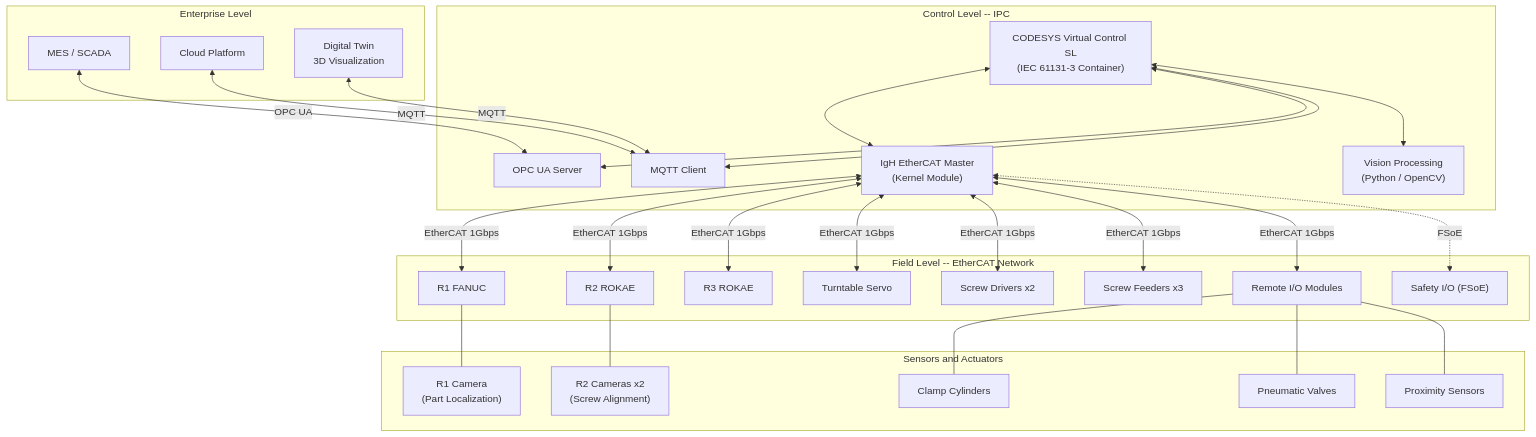
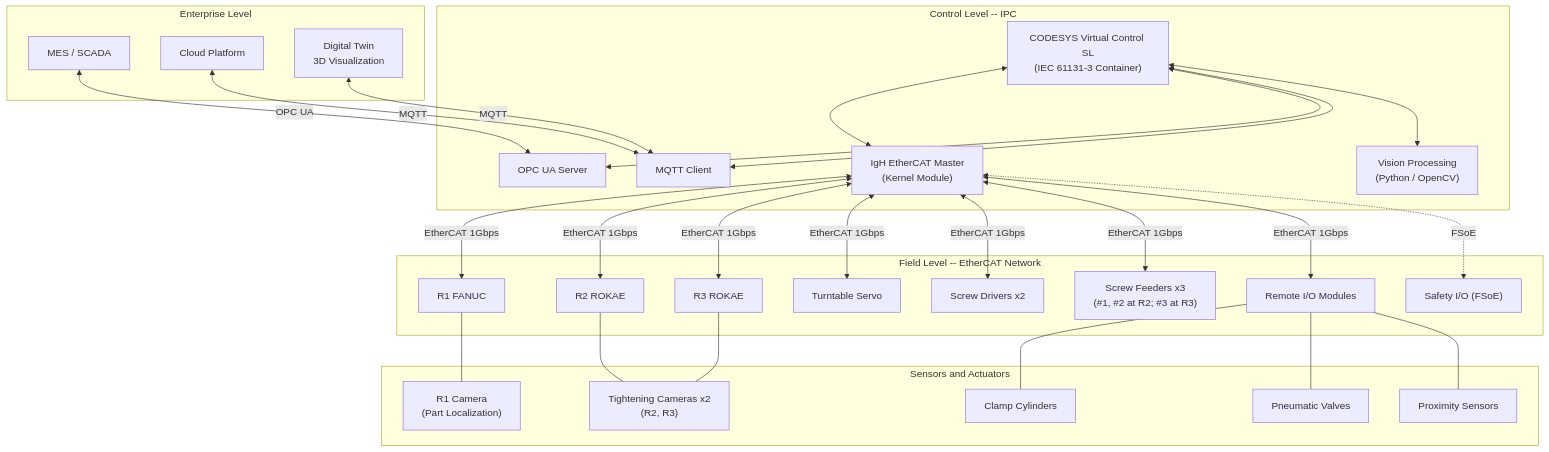
One commit to Rongxuan-Zhou/multi-robot-assembly-cell changed the diagram in docs/system-architecture.md. Above: the diagram before and after it, drawn with Mermaid. The commit also changed other lines of this file and 22 other files, not shown here.

````diff
--- a/docs/system-architecture.md
+++ b/docs/system-architecture.md
@@ -32,56 +34,57 @@
 ```mermaid
 flowchart TB
     subgraph ENTERPRISE["Enterprise Level"]
         MES["MES / SCADA"]
         CLOUD["Cloud Platform"]
         DT["Digital Twin<br/>3D Visualization"]
     end
 
     subgraph CONTROL["Control Level -- IPC"]
         CODESYS["CODESYS Virtual Control SL<br/>(IEC 61131-3 Container)"]
         IGH["IgH EtherCAT Master<br/>(Kernel Module)"]
         OPCUA["OPC UA Server"]
         MQTTC["MQTT Client"]
         VISION_SW["Vision Processing<br/>(Python / OpenCV)"]
     end
 
     subgraph FIELD["Field Level -- EtherCAT Network"]
         R1["R1 FANUC"]
         R2["R2 ROKAE"]
         R3["R3 ROKAE"]
         TT_SERVO["Turntable Servo"]
         SCREW_DRV["Screw Drivers x2"]
-        SCREW_FEED["Screw Feeders x3"]
+        SCREW_FEED["Screw Feeders x3<br/>(#1, #2 at R2; #3 at R3)"]
         REMOTE_IO["Remote I/O Modules"]
         SAFETY_IO["Safety I/O (FSoE)"]
     end
 
     subgraph SENSORS["Sensors and Actuators"]
         CAM1["R1 Camera<br/>(Part Localization)"]
-        CAM2["R2 Cameras x2<br/>(Screw Alignment)"]
+        CAM2["Tightening Cameras x2<br/>(R2, R3)"]
         CLAMP["Clamp Cylinders"]
         VALVE["Pneumatic Valves"]
         PROX["Proximity Sensors"]
     end
 
     MES <-->|"OPC UA"| OPCUA
     CLOUD <-->|"MQTT"| MQTTC
     DT <-->|"MQTT"| MQTTC
     CODESYS <--> IGH
     CODESYS <--> OPCUA
     CODESYS <--> MQTTC
     CODESYS <--> VISION_SW
     IGH <-->|"EtherCAT 1Gbps"| R1
     IGH <-->|"EtherCAT 1Gbps"| R2
     IGH <-->|"EtherCAT 1Gbps"| R3
     IGH <-->|"EtherCAT 1Gbps"| TT_SERVO
     IGH <-->|"EtherCAT 1Gbps"| SCREW_DRV
     IGH <-->|"EtherCAT 1Gbps"| SCREW_FEED
     IGH <-->|"EtherCAT 1Gbps"| REMOTE_IO
     IGH <-.->|"FSoE"| SAFETY_IO
     R1 --- CAM1
     R2 --- CAM2
+    R3 --- CAM2
     REMOTE_IO --- CLAMP
     REMOTE_IO --- VALVE
     REMOTE_IO --- PROX
 ```
````
